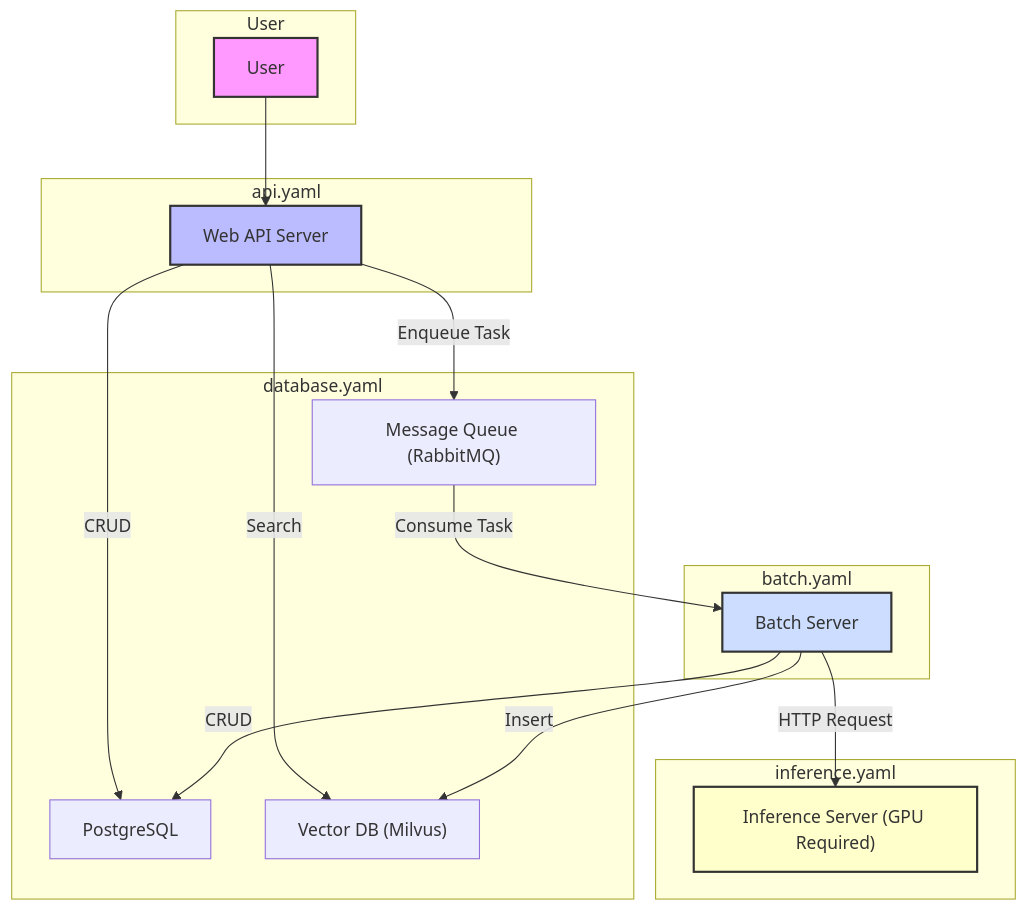
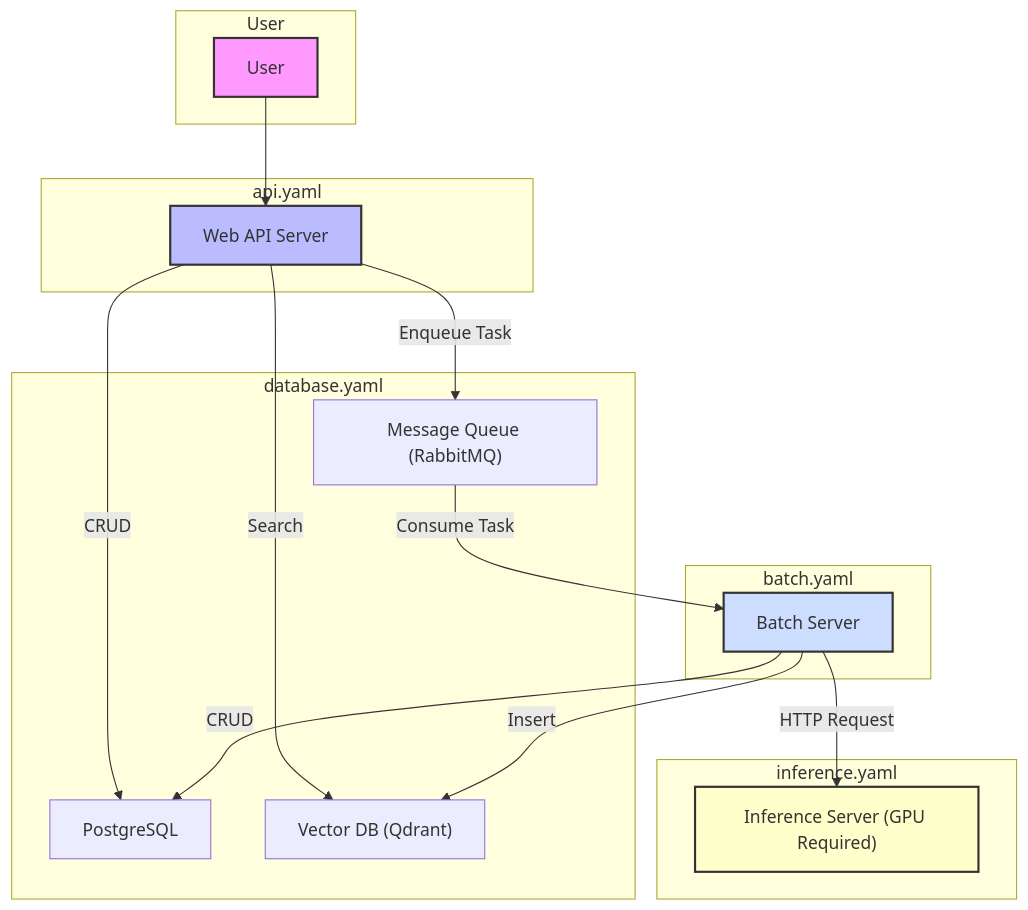
One commit to prokosna/lainbow changed the diagram in README.md. Above: the diagram before and after it, drawn with Mermaid. The commit also changed other lines of this file and 18 other files, not shown here.

First line of the commit message:
feat: migrate Milvus to Qdrant (#6)

````diff
--- a/README.md
+++ b/README.md
@@ -19,40 +19,40 @@
 ```mermaid
 graph TD
     subgraph User
         U[User]
     end
 
     subgraph "api.yaml"
         Web_API[Web API Server]
     end
 
     subgraph "batch.yaml"
         Batch_Server[Batch Server]
     end
 
     subgraph "inference.yaml"
         Inference_Server["Inference Server (GPU Required)"]
     end
 
     subgraph "database.yaml"
         PostgreSQL[PostgreSQL]
-        Milvus["Vector DB (Milvus)"]
+        Qdrant["Vector DB (Qdrant)"]
         RabbitMQ["Message Queue (RabbitMQ)"]
     end
 
     %% Connections
     U --> Web_API
     Web_API -- Enqueue Task --> RabbitMQ
     Web_API -- CRUD --> PostgreSQL
-    Web_API -- Search --> Milvus
+    Web_API -- Search --> Qdrant
 
     RabbitMQ -- Consume Task --> Batch_Server
     Batch_Server -- HTTP Request --> Inference_Server
     Batch_Server -- CRUD --> PostgreSQL
-    Batch_Server -- Insert --> Milvus
+    Batch_Server -- Insert --> Qdrant
 
     style U fill:#f9f,stroke:#333,stroke-width:2px
     style Web_API fill:#bbf,stroke:#333,stroke-width:2px
     style Inference_Server fill:#ffc,stroke:#333,stroke-width:2px
     style Batch_Server fill:#cdf,stroke:#333,stroke-width:2px
 ```
````
